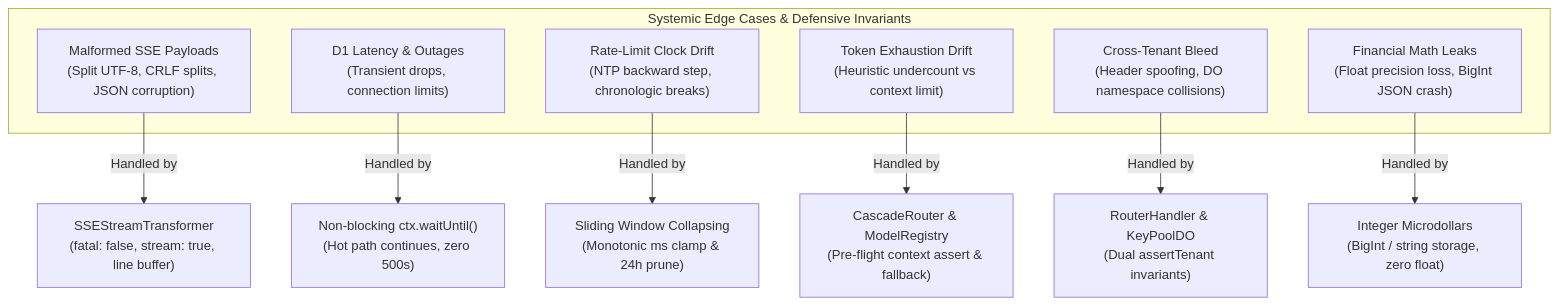
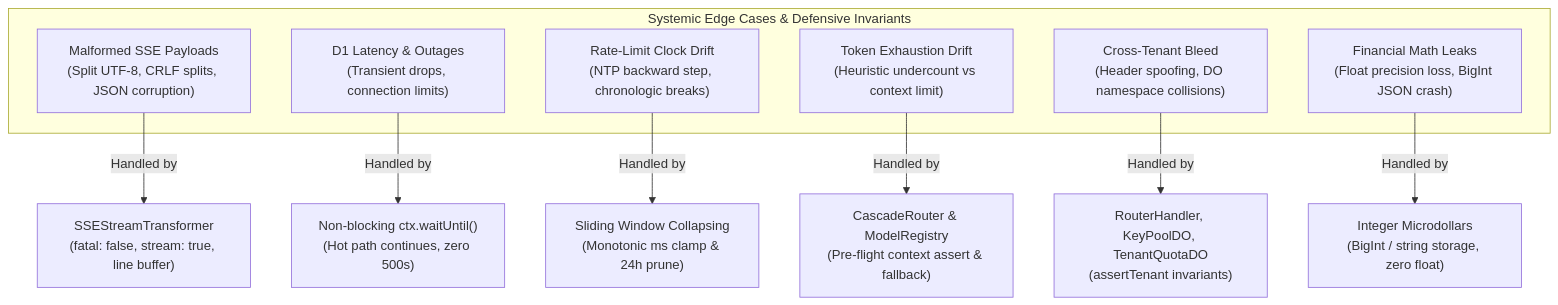
The seventh of 7 diagrams in docs/codeflow/code_review_and_def_use_matrix.md (Axe-08/Key-Collective), drawn with Mermaid before and after one commit. The commit also changed other lines of this file and 62 other files, not shown here.

````diff
--- a/docs/codeflow/code_review_and_def_use_matrix.md
+++ b/docs/codeflow/code_review_and_def_use_matrix.md
@@ -484,18 +461,18 @@
 ```mermaid
 graph TD
     subgraph EdgeCases["Systemic Edge Cases & Defensive Invariants"]
         E1["Malformed SSE Payloads<br/>(Split UTF-8, CRLF splits, JSON corruption)"]
         E2["D1 Latency & Outages<br/>(Transient drops, connection limits)"]
         E3["Rate-Limit Clock Drift<br/>(NTP backward step, chronologic breaks)"]
         E4["Token Exhaustion Drift<br/>(Heuristic undercount vs context limit)"]
         E5["Cross-Tenant Bleed<br/>(Header spoofing, DO namespace collisions)"]
         E6["Financial Math Leaks<br/>(Float precision loss, BigInt JSON crash)"]
     end
 
     E1 --> |"Handled by"| M1["SSEStreamTransformer<br/>(fatal: false, stream: true, line buffer)"]
     E2 --> |"Handled by"| M2["Non-blocking ctx.waitUntil()<br/>(Hot path continues, zero 500s)"]
     E3 --> |"Handled by"| M3["Sliding Window Collapsing<br/>(Monotonic ms clamp & 24h prune)"]
     E4 --> |"Handled by"| M4["CascadeRouter & ModelRegistry<br/>(Pre-flight context assert & fallback)"]
-    E5 --> |"Handled by"| M5["RouterHandler & KeyPoolDO<br/>(Dual assertTenant invariants)"]
+    E5 --> |"Handled by"| M5["RouterHandler, KeyPoolDO, TenantQuotaDO<br/>(assertTenant invariants)"]
     E6 --> |"Handled by"| M6["Integer Microdollars<br/>(BigInt / string storage, zero float)"]
 ```
````
